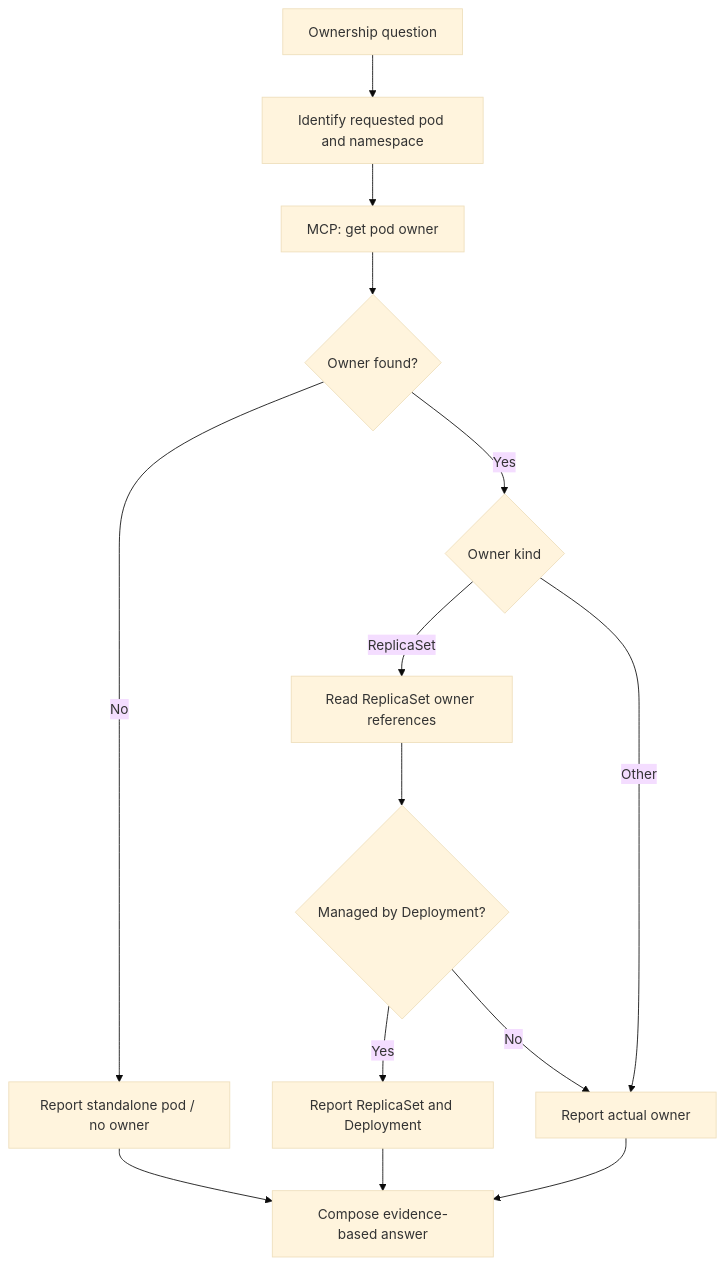
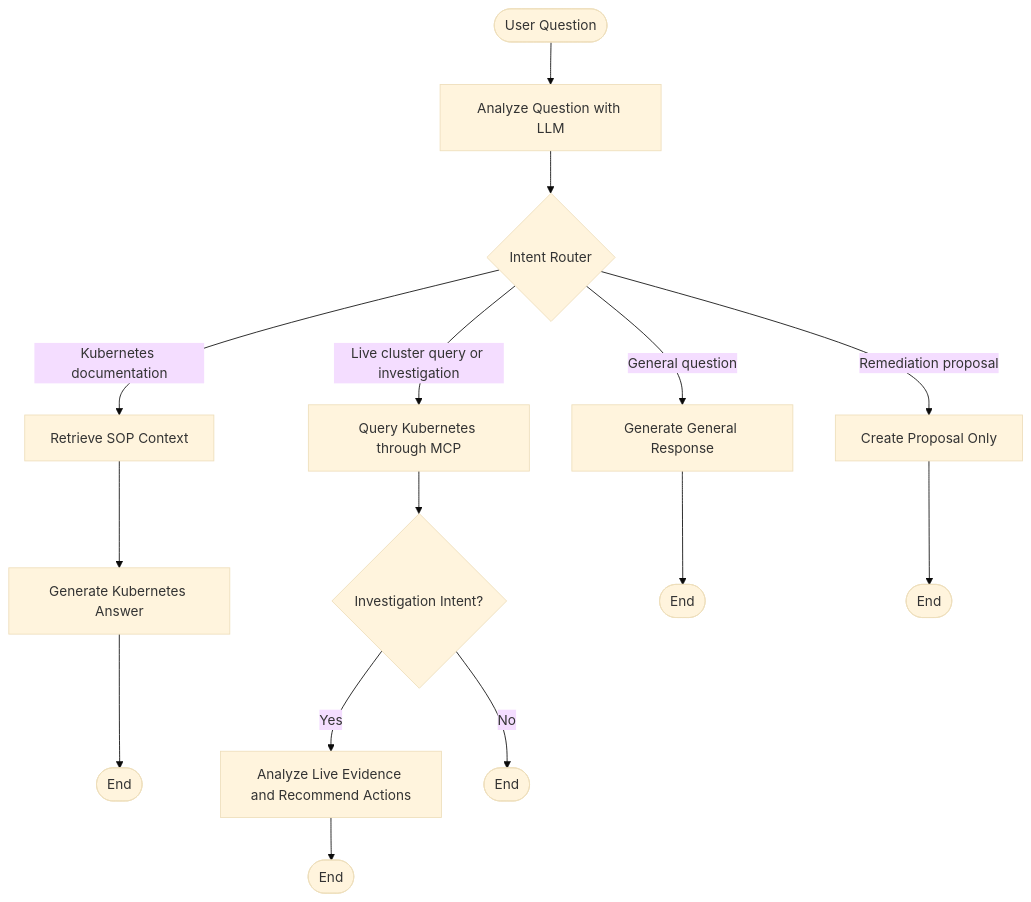
The second of 4 diagrams in README.md (Hearsch-devops/Kube-InsightAI-Agentv2), drawn with Mermaid (base theme) before and after one commit. The commit also changed other lines of this file, not shown here.

Commit message:
docs: add Mermaid diagram preview instructions to README

````diff
--- a/README.md
+++ b/README.md
@@ -193,16 +166,21 @@
 ``` mermaid
 flowchart TD
-    A[Ownership question] --> B[Identify requested pod and namespace]
-    B --> C[MCP: get pod owner]
-    C --> D{Owner found?}
-    D -->|No| E[Report standalone pod / no owner]
-    D -->|Yes| F{Owner kind}
-    F -->|ReplicaSet| G[Read ReplicaSet owner references]
-    G --> H{Managed by Deployment?}
-    H -->|Yes| I[Report ReplicaSet and Deployment]
-    H -->|No| J[Report actual owner]
-    F -->|Other| J
-    E --> K[Compose evidence-based answer]
-    I --> K
-    J --> K
+    START([User Question]) --> ANALYZE[Analyze Question with LLM]
+    ANALYZE --> ROUTER{Intent Router}
+
+    ROUTER -->|Kubernetes documentation| RETRIEVE[Retrieve SOP Context]
+    RETRIEVE --> K8S[Generate Kubernetes Answer]
+    K8S --> END1([End])
+
+    ROUTER -->|Live cluster query or investigation| MCP[Query Kubernetes through MCP]
+    MCP --> CHECK{Investigation Intent?}
+    CHECK -->|Yes| RCA[Analyze Live Evidence and Recommend Actions]
+    RCA --> END2([End])
+    CHECK -->|No| END3([End])
+
+    ROUTER -->|General question| GENERAL[Generate General Response]
+    GENERAL --> END4([End])
+
+    ROUTER -->|Remediation proposal| REM[Create Proposal Only]
+    REM --> END5([End])
 ```
````
